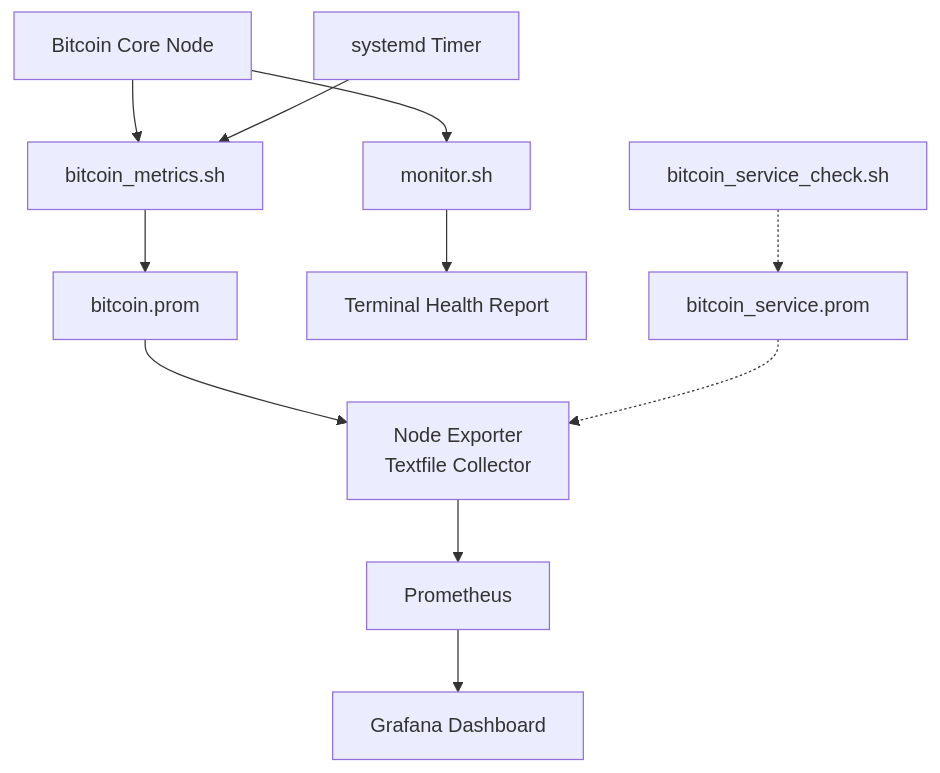
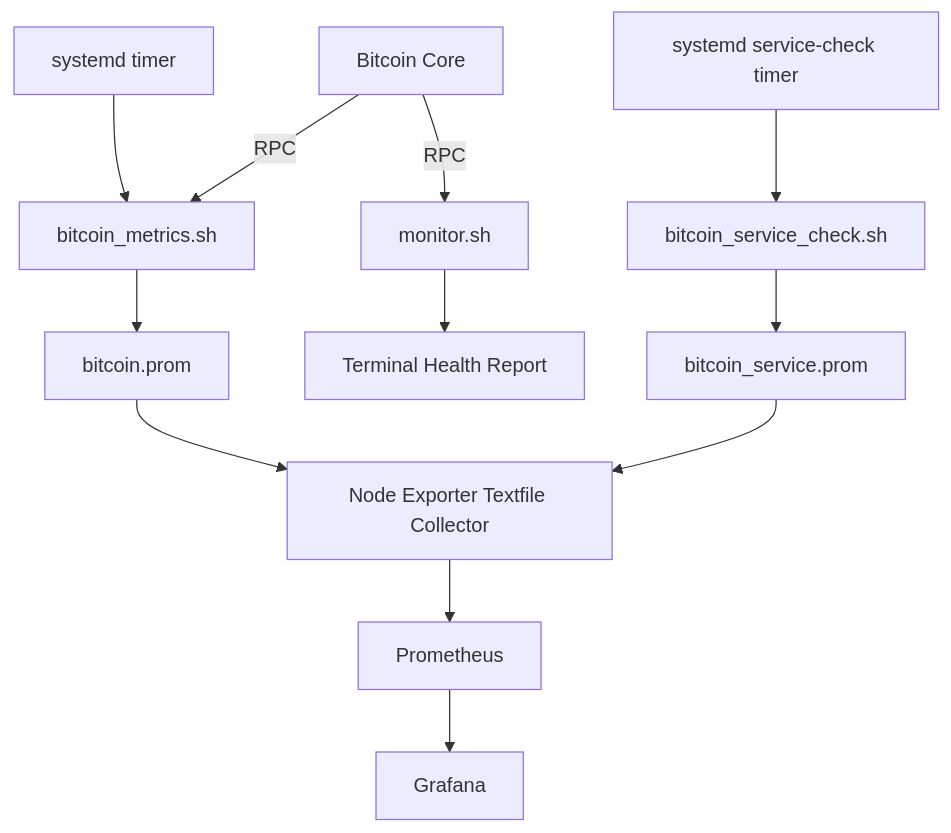
One commit to root93phpdev/bitcoin-node-monitoring changed the diagram in README.md. Above: the diagram before and after it, drawn with Mermaid. The commit also changed other lines of this file and 3 other files, not shown here.

````diff
--- a/README.md
+++ b/README.md
@@ -30,15 +23,19 @@
 ```mermaid
 flowchart TD
-    A["Bitcoin Core Node"] --> B["bitcoin_metrics.sh"]
+    A["Bitcoin Core"] -->|RPC| B["bitcoin_metrics.sh"]
     B --> C["bitcoin.prom"]
-    C --> D["Node Exporter<br/>Textfile Collector"]
-    D --> E["Prometheus"]
-    E --> F["Grafana Dashboard"]
 
-    A --> G["monitor.sh"]
-    G --> H["Terminal Health Report"]
+    D["systemd timer"] --> B
 
-    I["systemd Timer"] --> B
-    J["bitcoin_service_check.sh"] -.-> K["bitcoin_service.prom"]
-    K -.-> D
+    E["bitcoin_service_check.sh"] --> F["bitcoin_service.prom"]
+    G["systemd service-check timer"] --> E
+
+    C --> H["Node Exporter Textfile Collector"]
+    F --> H
+
+    H --> I["Prometheus"]
+    I --> J["Grafana"]
+
+    A -->|RPC| K["monitor.sh"]
+    K --> L["Terminal Health Report"]
 ```
````
